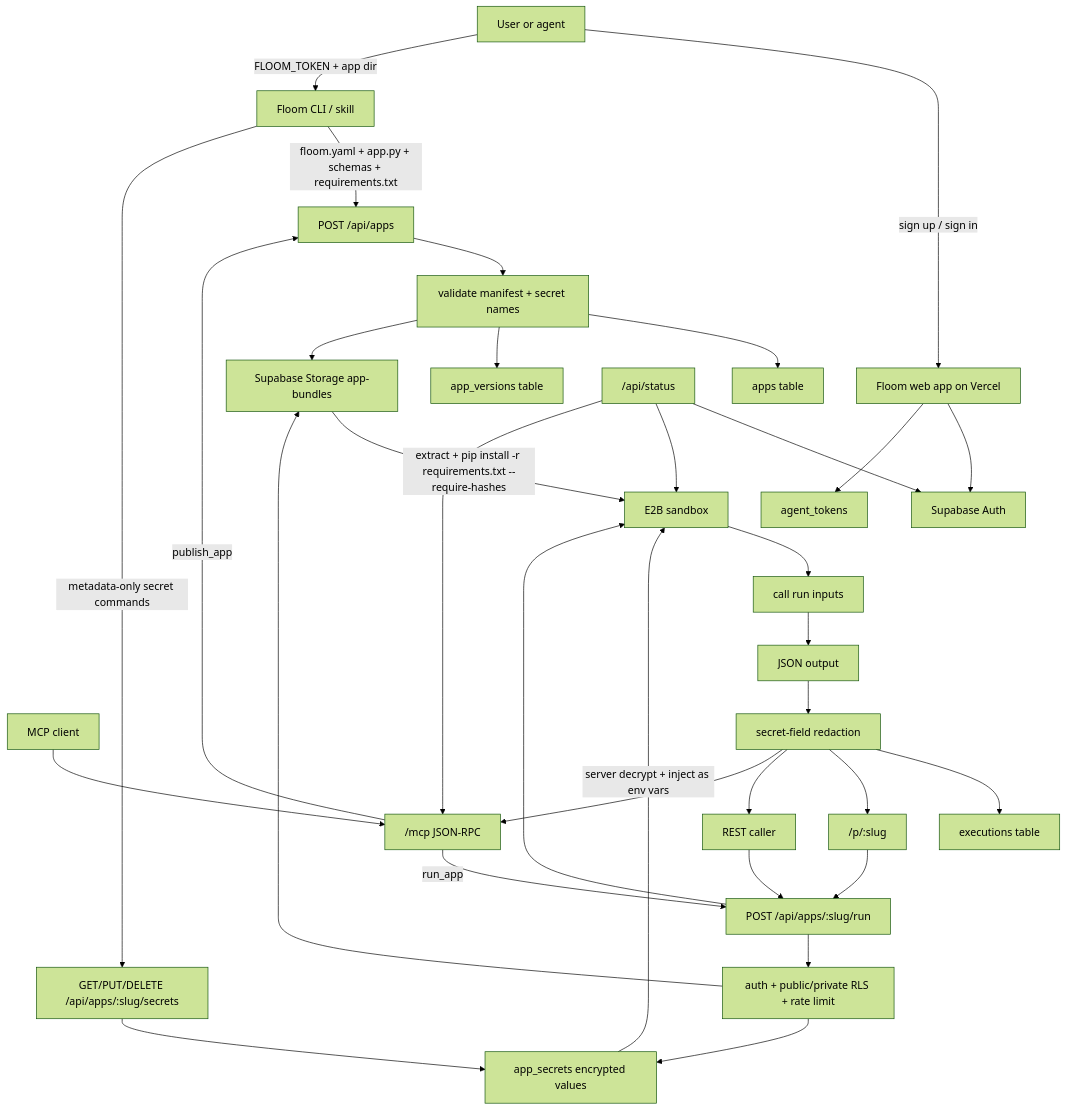
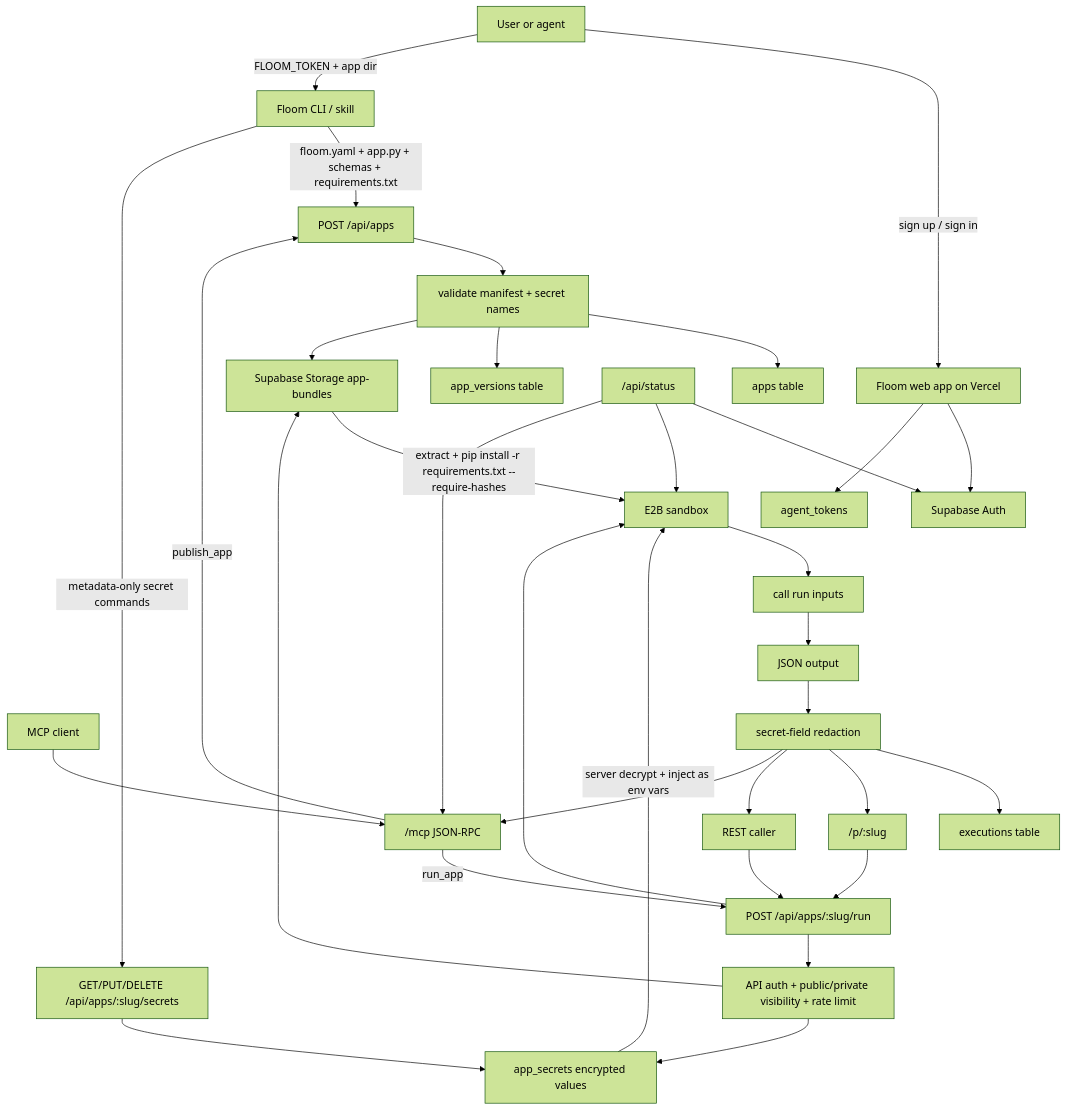
Before and after one commit to Pallavikumarimdb/floom: the diagram in docs/architecture-v0.md, drawn with Mermaid (forest theme). The commit also changed other lines of this file and 3 other files, not shown here.

Commit message:
Avoid private app run enumeration

````diff
--- a/docs/architecture-v0.md
+++ b/docs/architecture-v0.md
@@ -7,42 +7,42 @@
 ```mermaid
 flowchart TD
   User["User or agent"] -->|sign up / sign in| Web["Floom web app on Vercel"]
   User -->|FLOOM_TOKEN + app dir| CLI["Floom CLI / skill"]
   Agent["MCP client"] --> MCP["/mcp JSON-RPC"]
 
   Web --> Auth["Supabase Auth"]
   Web --> Tokens["agent_tokens"]
 
   CLI -->|floom.yaml + app.py + schemas + requirements.txt| Publish["POST /api/apps"]
   MCP -->|publish_app| Publish
 
   Publish --> ManifestVal["validate manifest + secret names"]
   ManifestVal --> Apps["apps table"]
   ManifestVal --> Versions["app_versions table"]
   ManifestVal --> Bundles["Supabase Storage app-bundles"]
 
   CLI -->|metadata-only secret commands| SecretsAPI["GET/PUT/DELETE /api/apps/:slug/secrets"]
   SecretsAPI --> Secrets["app_secrets encrypted values"]
 
   Browser["/p/:slug"] --> Run["POST /api/apps/:slug/run"]
   REST["REST caller"] --> Run
   MCP -->|run_app| Run
 
-  Run --> Access["auth + public/private RLS + rate limit"]
+  Run --> Access["API auth + public/private visibility + rate limit"]
   Access --> Bundles
   Access --> Secrets
   Run --> E2B["E2B sandbox"]
   Secrets -->|server decrypt + inject as env vars| E2B
   Bundles -->|extract + pip install -r requirements.txt --require-hashes| E2B
   E2B --> Handler["call run inputs"]
   Handler --> Output["JSON output"]
   Output --> Redaction["secret-field redaction"]
   Redaction --> Executions["executions table"]
   Redaction --> Browser
   Redaction --> REST
   Redaction --> MCP
 
   Status["/api/status"] --> Auth
   Status --> E2B
   Status --> MCP
 ```
````
